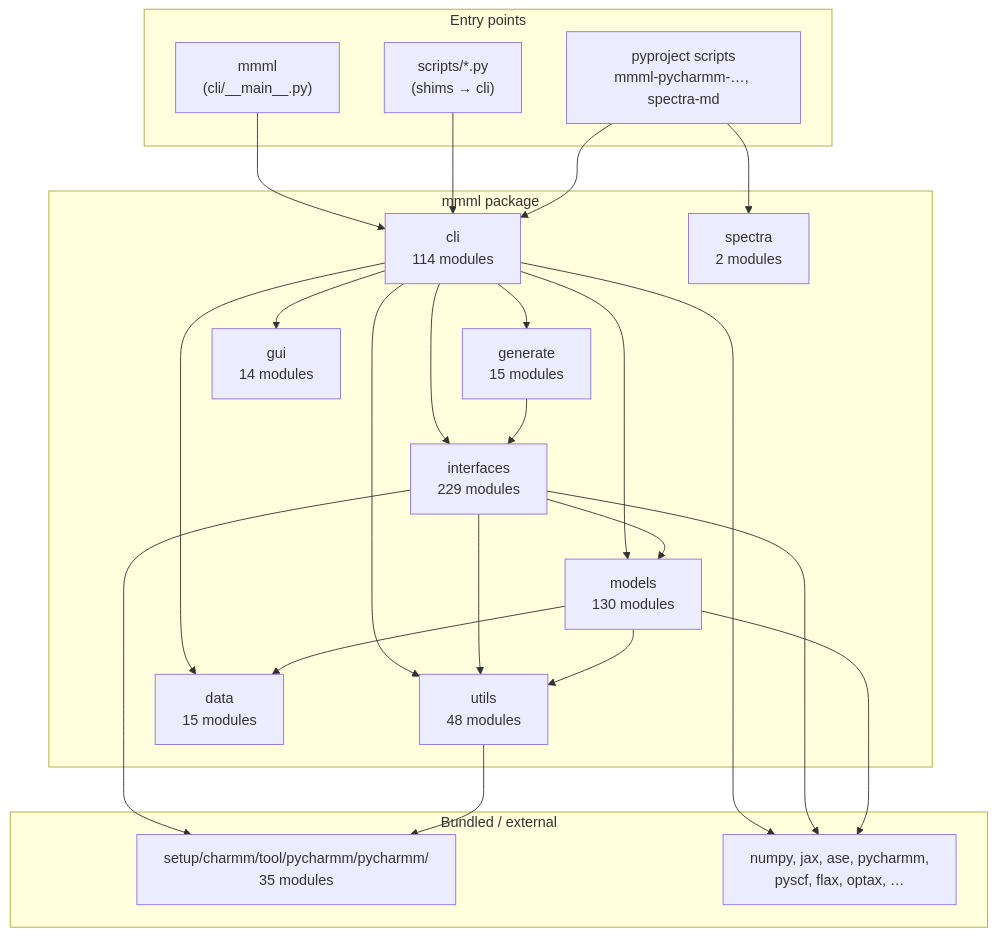
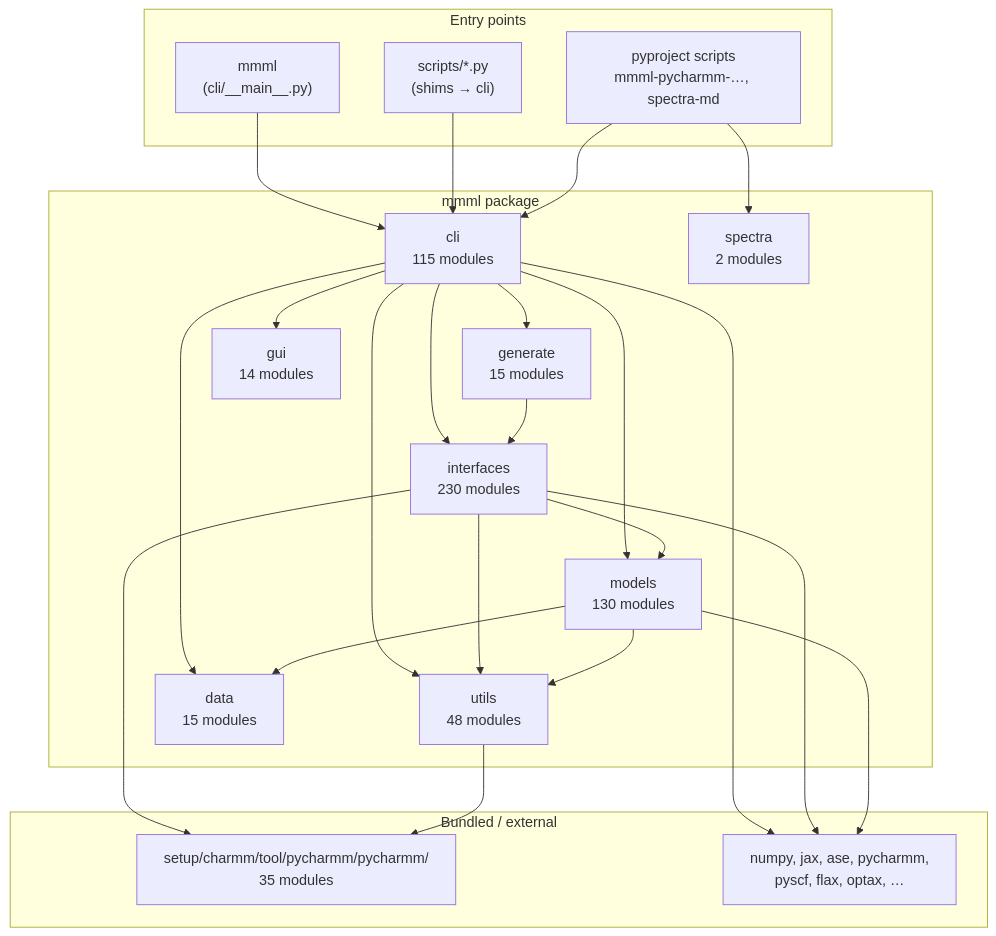
Before and after one commit to EricBoittier/mmml: the first of 8 diagrams in docs/package-architecture.md, drawn with Mermaid. The commit also changed 2 other files, not shown here.

Commit message:
fix(docs): update module counts in package architecture documentation and adjust test cases for DCM composition
This commit updates the `package-architecture.md` file to reflect the correct module counts for the CLI and interfaces, increasing them to 115 and 230, respectively. Additionally, it modifies unit tests in `test_md_builders.py` and `test_mlpot_limits.py` to replace instances of "ION" and "BAD" with "DCM" in the composition specifications, ensuring consistency across tests.

````diff
--- a/docs/package-architecture.md
+++ b/docs/package-architecture.md
@@ -13,48 +13,48 @@
 ```mermaid
 flowchart TB
   subgraph entry["Entry points"]
     MMML["mmml\n(cli/__main__.py)"]
     SCRIPTS["scripts/*.py\n(shims → cli)"]
     PKG["pyproject scripts\nmmml-pycharmm-…, spectra-md"]
   end
 
   subgraph mmml_pkg["mmml package"]
-    CLI["cli\n114 modules"]
-    IFACE["interfaces\n229 modules"]
+    CLI["cli\n115 modules"]
+    IFACE["interfaces\n230 modules"]
     MODELS["models\n130 modules"]
     UTILS["utils\n48 modules"]
     DATA["data\n15 modules"]
     GEN["generate\n15 modules"]
     GUI["gui\n14 modules"]
     SPEC["spectra\n2 modules"]
   end
 
   subgraph vendor["Bundled / external"]
     PYCH["setup/charmm/tool/pycharmm/pycharmm/\n35 modules"]
     EXT["numpy, jax, ase, pycharmm,\npyscf, flax, optax, …"]
   end
 
   MMML --> CLI
   SCRIPTS --> CLI
   PKG --> CLI
   PKG --> SPEC
 
   CLI --> IFACE
   CLI --> MODELS
   CLI --> DATA
   CLI --> UTILS
   CLI --> GEN
   CLI --> GUI
 
   IFACE --> MODELS
   IFACE --> UTILS
   IFACE --> PYCH
   MODELS --> UTILS
   MODELS --> DATA
   UTILS --> PYCH
   GEN --> IFACE
 
   CLI --> EXT
   IFACE --> EXT
   MODELS --> EXT
 ```
````
